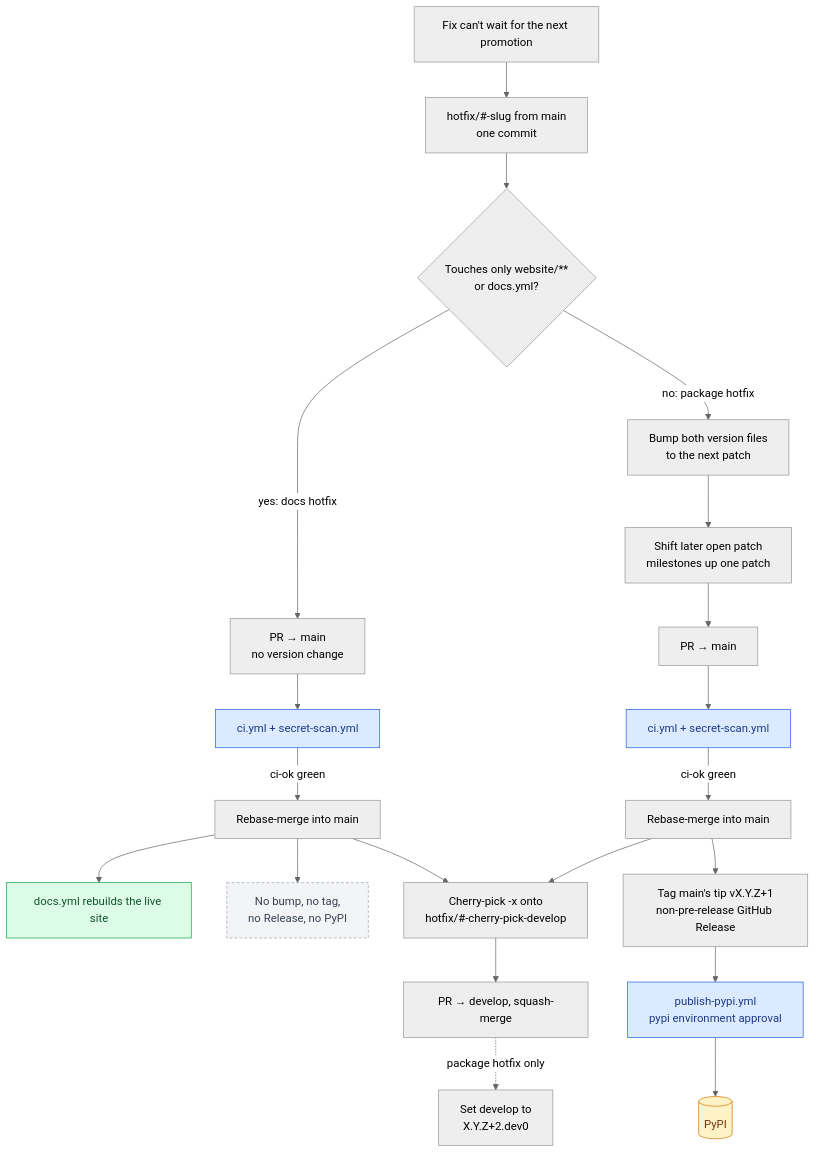
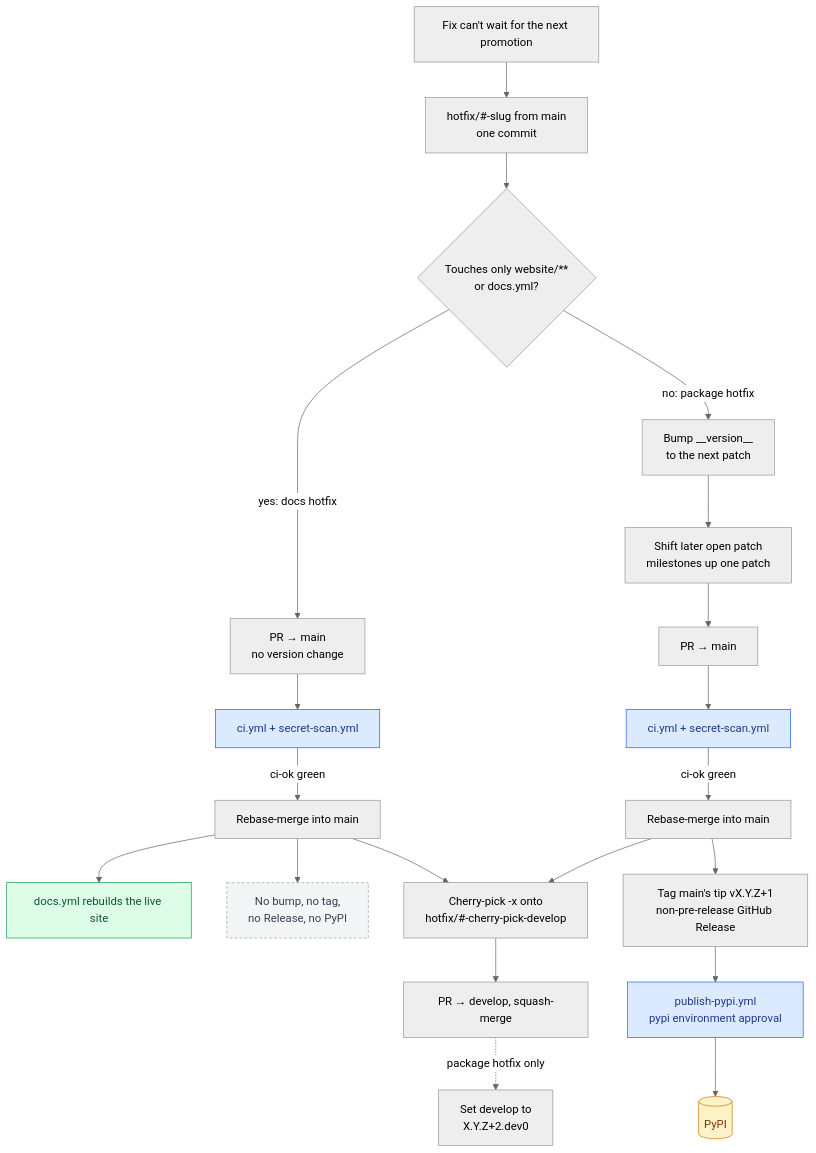
One commit to Donkey-Development-Kit/donkey-development-kit changed the fourth of 4 diagrams in docs/releasing.md. Above: the diagram before and after it, drawn with Mermaid (neutral theme). The commit also changed other lines of this file and 11 other files, not shown here.

````diff
--- a/docs/releasing.md
+++ b/docs/releasing.md
@@ -284,34 +325,34 @@
 ```mermaid
 flowchart TD
   need["Fix can't wait for the next promotion"] --> branch["hotfix/#-slug from main<br/>one commit"]
   branch --> kind{"Touches only website/**<br/>or docs.yml?"}
 
   kind -->|yes: docs hotfix| docsPr["PR → main<br/>no version change"]
   docsPr --> docsCi["ci.yml + secret-scan.yml"]
   docsCi -->|ci-ok green| docsMerge["Rebase-merge into main"]
   docsMerge --> docsYml["docs.yml rebuilds the live site"]
   docsMerge --> noRelease["No bump, no tag,<br/>no Release, no PyPI"]
 
-  kind -->|no: package hotfix| bump["Bump both version files<br/>to the next patch"]
+  kind -->|no: package hotfix| bump["Bump __version__<br/>to the next patch"]
   bump --> milestones["Shift later open patch<br/>milestones up one patch"]
   milestones --> pkgPr["PR → main"]
   pkgPr --> pkgCi["ci.yml + secret-scan.yml"]
   pkgCi -->|ci-ok green| pkgMerge["Rebase-merge into main"]
   pkgMerge --> tag["Tag main's tip vX.Y.Z+1<br/>non-pre-release GitHub Release"]
   tag --> publish["publish-pypi.yml<br/>pypi environment approval"]
   publish --> pypi[("PyPI")]
 
   docsMerge --> cherry["Cherry-pick -x onto<br/>hotfix/#-cherry-pick-develop"]
   pkgMerge --> cherry
   cherry --> devPr["PR → develop, squash-merge"]
   devPr -.->|package hotfix only| devVersion["Set develop to<br/>X.Y.Z+2.dev0"]
 
   classDef gate fill:#dbeafe,stroke:#2563eb,color:#1e3a8a
   classDef deploy fill:#dcfce7,stroke:#16a34a,color:#14532d
   classDef publish fill:#fef3c7,stroke:#d97706,color:#78350f
   classDef dead fill:#f3f4f6,stroke:#9ca3af,color:#374151,stroke-dasharray: 4 3
   class docsCi,pkgCi,publish gate
   class docsYml deploy
   class pypi publish
   class noRelease dead
 ```
````
